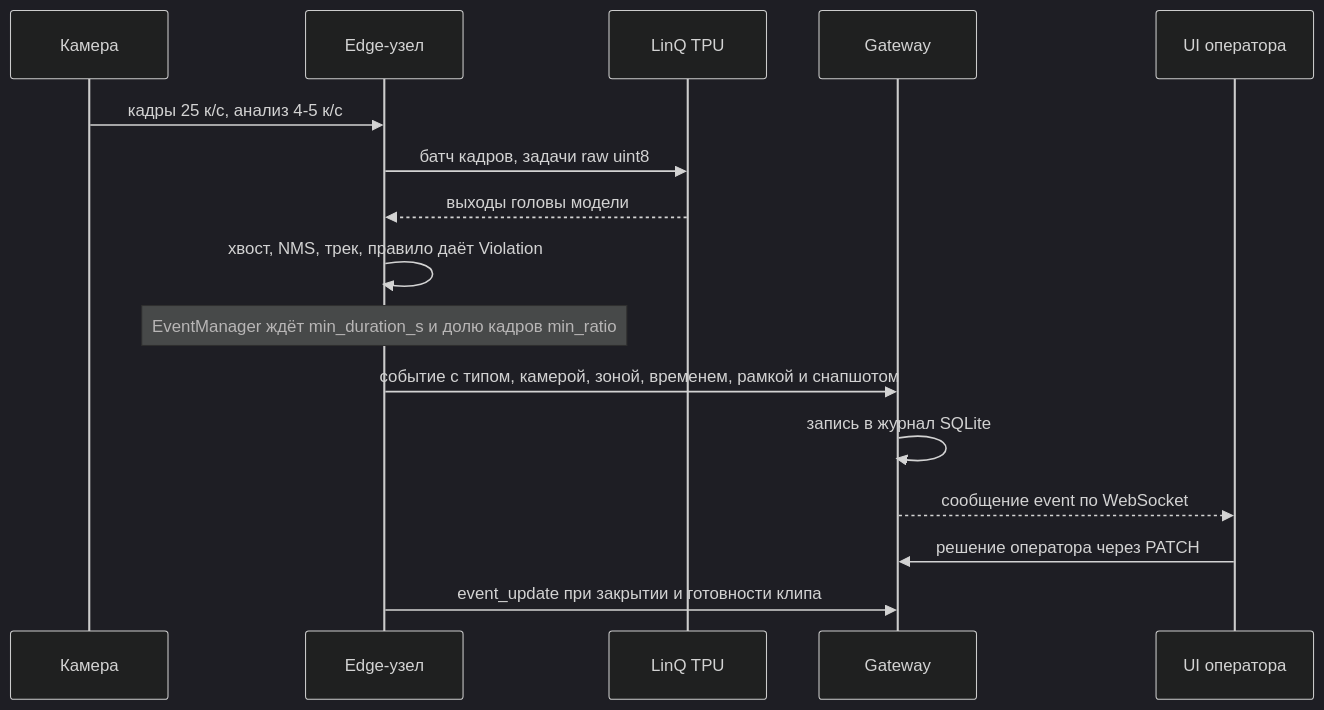
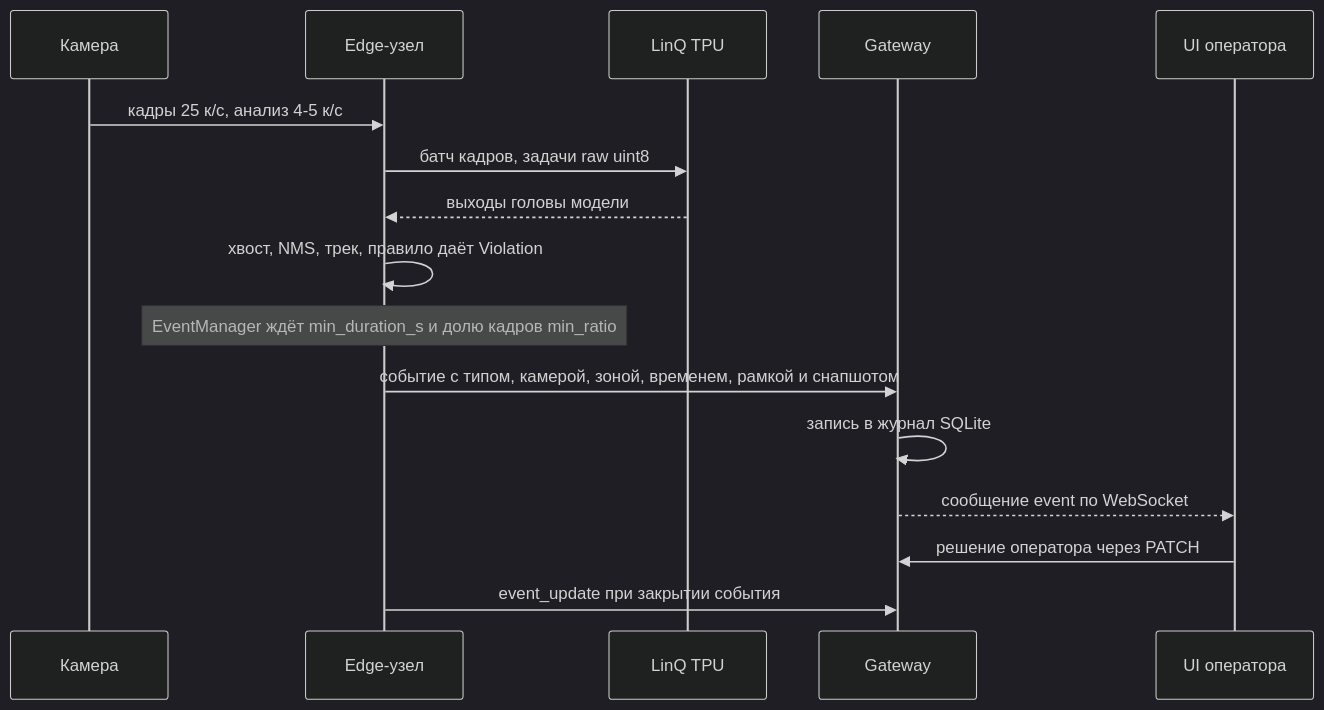
Before and after one commit to timur-nagimov/mospromhack: the second of 2 diagrams in docs/ARCHITECTURE.md, drawn with Mermaid (dark theme). The commit also changed other lines of this file, not shown here.

Commit message:
ARCHITECTURE по коду main: edge и шлюз работают, протокол guard.edge.v1, 13 правил, отчёты в API, модули edge, gateway, transport, flywheel и doctor

````diff
--- a/docs/ARCHITECTURE.md
+++ b/docs/ARCHITECTURE.md
@@ -58,18 +58,18 @@
 ```mermaid
 sequenceDiagram
     participant C as Камера
     participant E as Edge-узел
     participant T as LinQ TPU
     participant G as Gateway
     participant U as UI оператора
     C->>E: кадры 25 к/с, анализ 4-5 к/с
     E->>T: батч кадров, задачи raw uint8
     T-->>E: выходы головы модели
     E->>E: хвост, NMS, трек, правило даёт Violation
     Note over E: EventManager ждёт min_duration_s и долю кадров min_ratio
     E->>G: событие с типом, камерой, зоной, временем, рамкой и снапшотом
     G->>G: запись в журнал SQLite
     G-->>U: сообщение event по WebSocket
     U->>G: решение оператора через PATCH
-    E->>G: event_update при закрытии и готовности клипа
+    E->>G: event_update при закрытии события
 ```
````
